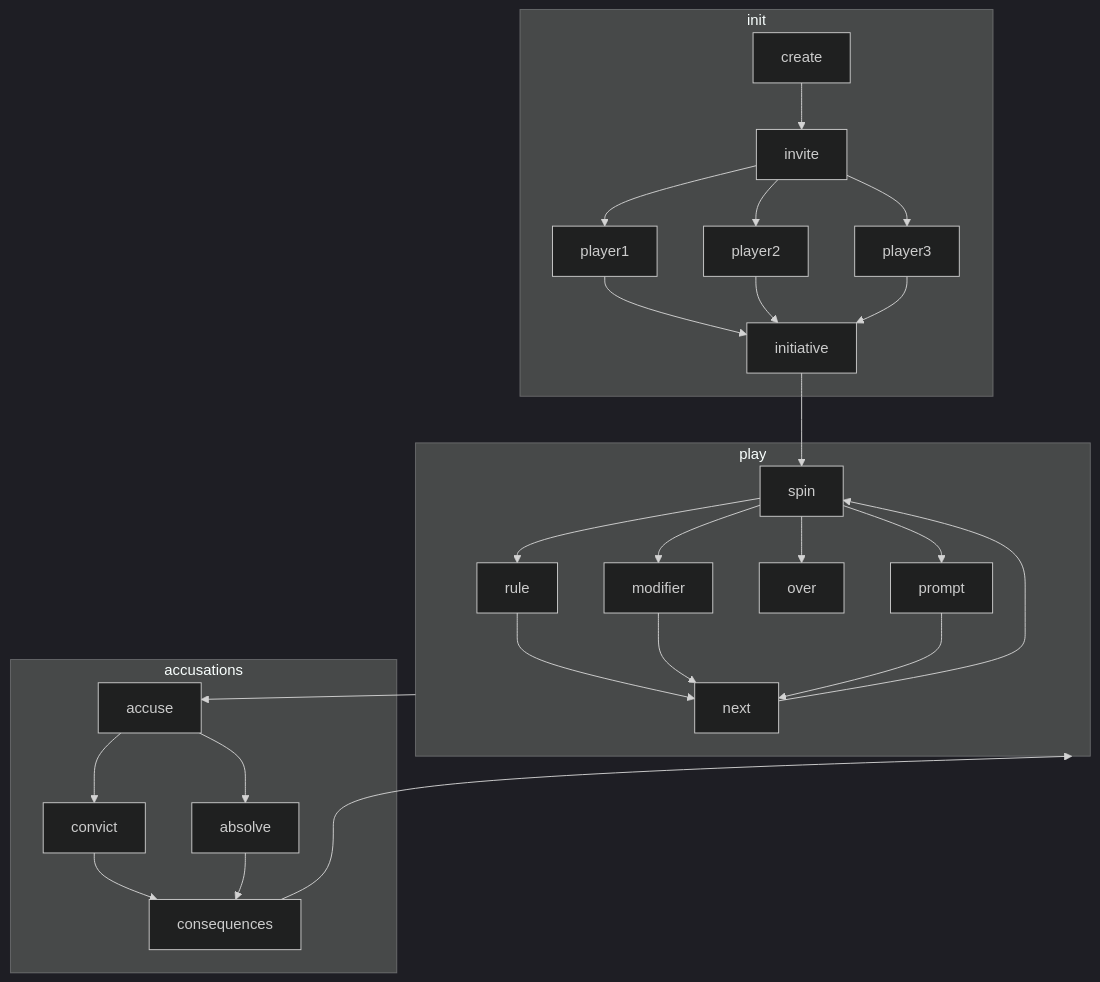
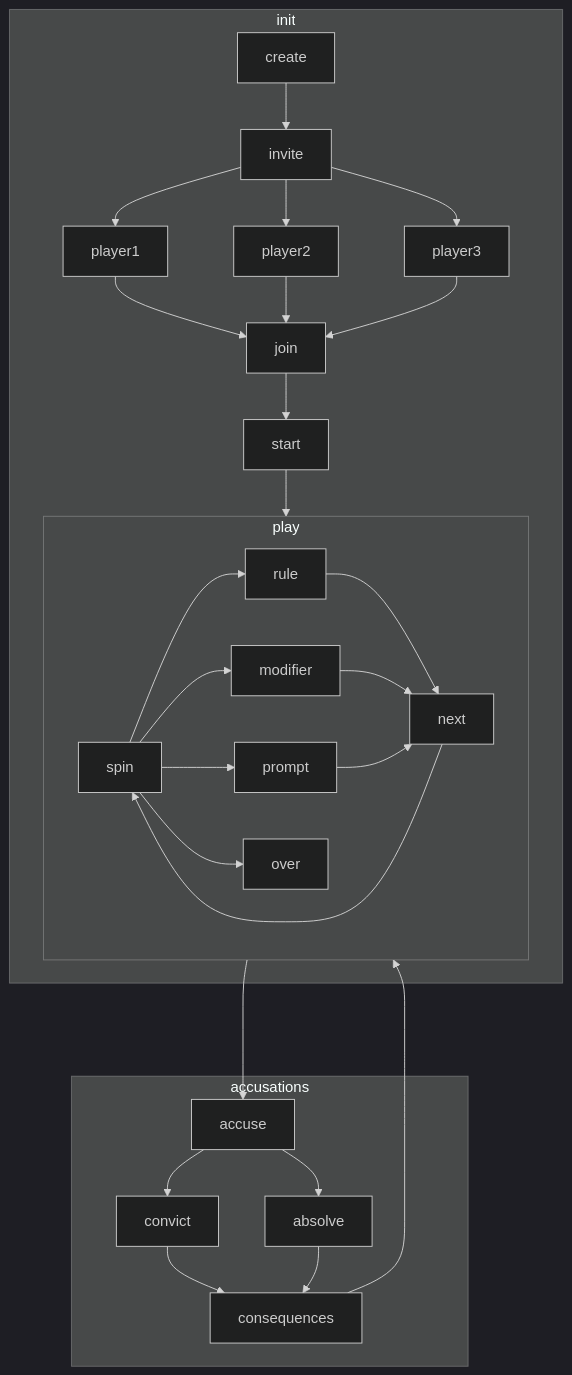
One commit to grackleclub/rulette changed the first of 2 diagrams in README.md. Above: the diagram before and after it, drawn with Mermaid (dark theme). The commit also changed other lines of this file, not shown here.

Commit message:
update graphs and links

````diff
--- a/README.md
+++ b/README.md
@@ -15,26 +8,28 @@
 ```mermaid
 flowchart TD
   subgraph init
     create --> invite
     invite --> player1
     invite --> player2
     invite --> player3
-    player1 --> initiative
-    player2 --> initiative
-    player3 --> initiative
+    player1 --> join
+    player2 --> join
+    player3 --> join
+    join --> start
+    start --> play
   end
-  initiative --> spin
+  spin
   subgraph play
     spin --> rule --> next
     spin --> modifier --> next
     spin --> prompt --> next
     spin --> over
     next --> spin
   end
   play ---> accuse
   subgraph accusations
     accuse --> convict --> consequences
  accuse --> absolve --> consequences
   end
   consequences ---> play
 ```
````
